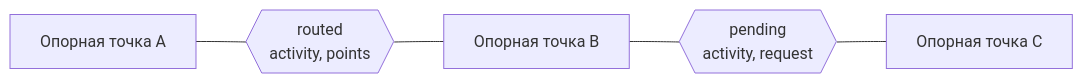
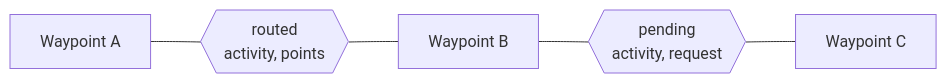
Before and after one commit to sergeycw/nakarte: the first of 3 diagrams in docs/architecture/route-editor.md, drawn with Mermaid. The commit also changed other lines of this file and 11 other files, not shown here.

````diff
--- a/docs/architecture/route-editor.md
+++ b/docs/architecture/route-editor.md
@@ -11,10 +11,10 @@
 ```mermaid
 flowchart LR
-    A["Опорная точка A"]
-    B["Опорная точка B"]
-    C["Опорная точка C"]
+    A["Waypoint A"]
+    B["Waypoint B"]
+    C["Waypoint C"]
     l1{{"routed<br/>activity, points"}}
     l2{{"pending<br/>activity, request"}}
 
     A --- l1 --- B --- l2 --- C
 ```
````
